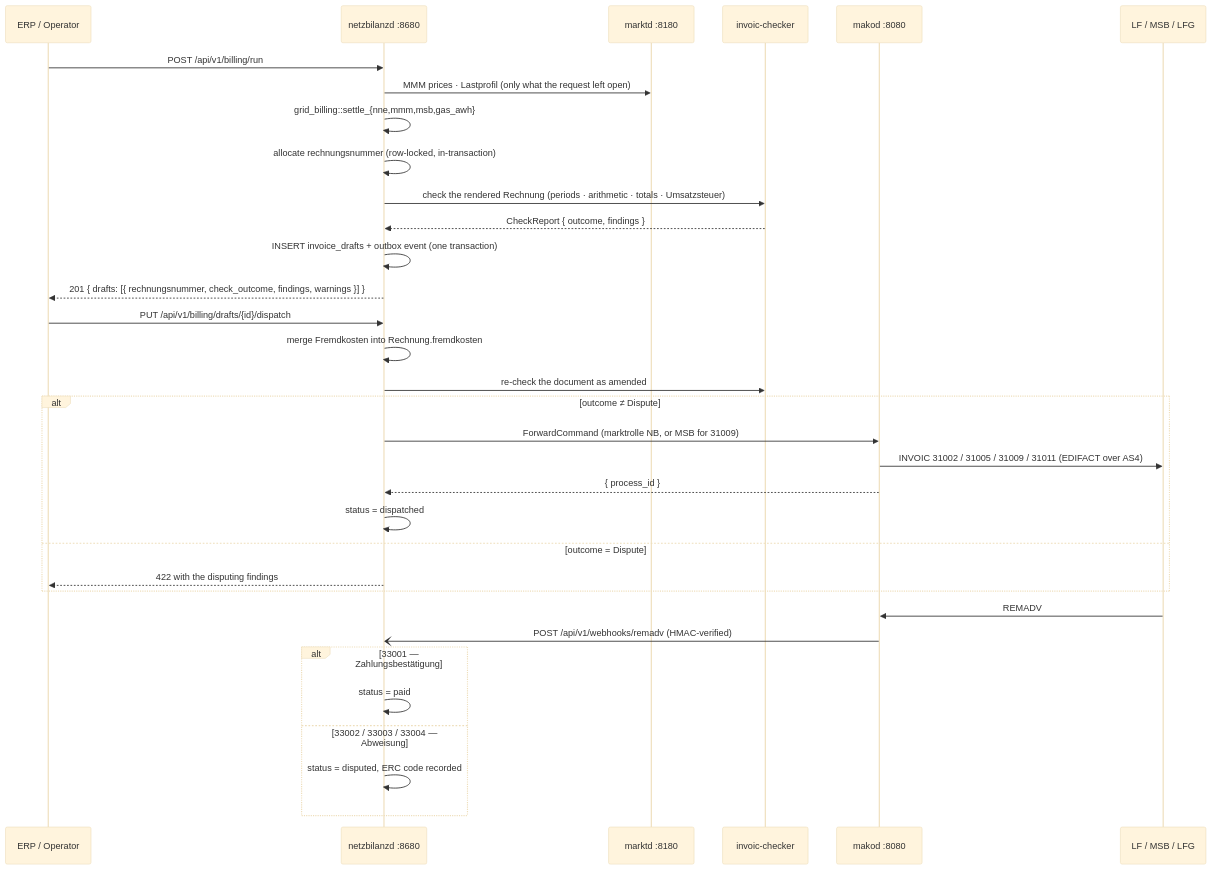
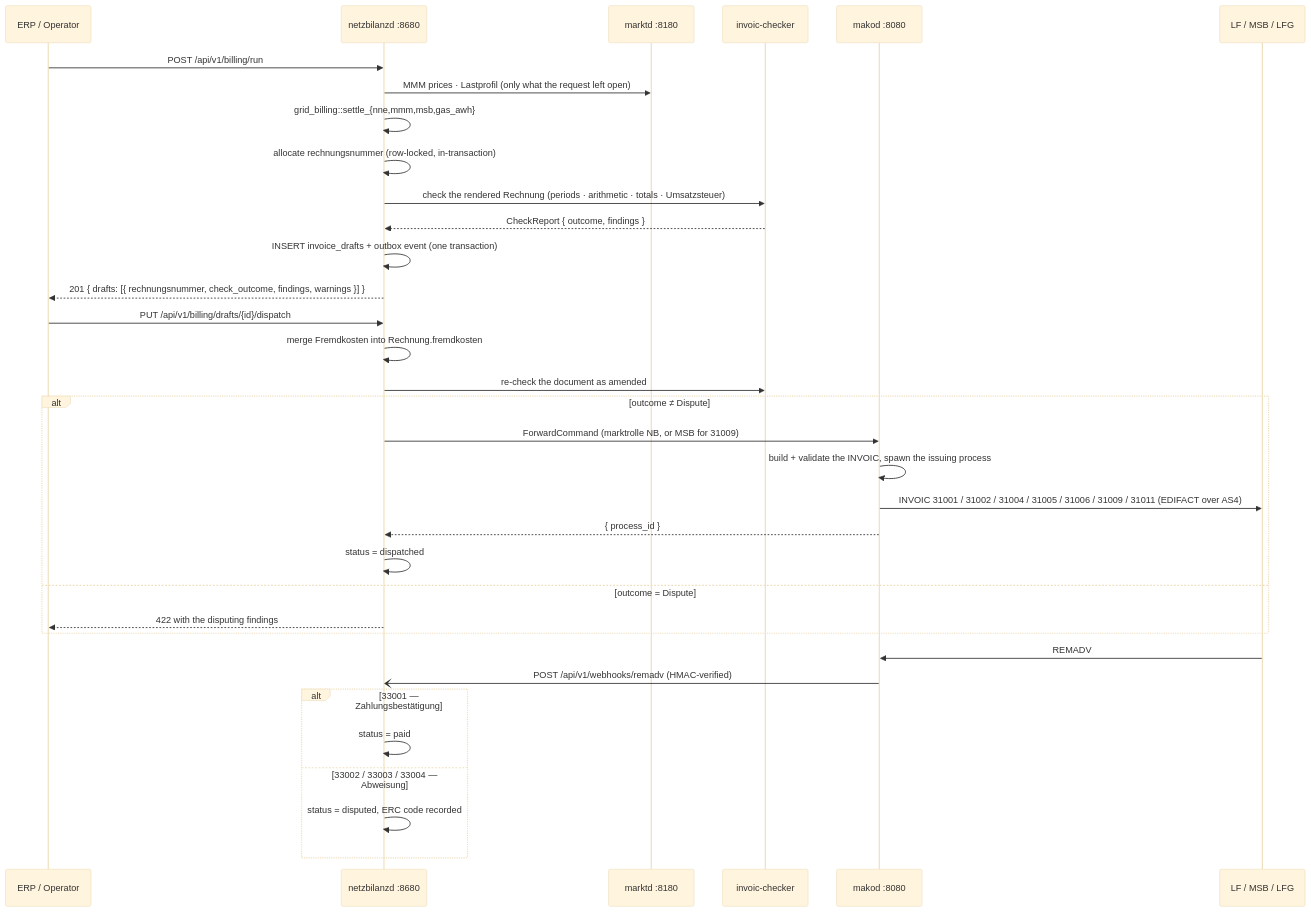
Before and after one commit to hupe1980/mako: the first of 5 diagrams in site/content/docs/services/netzbilanzd.md, drawn with Mermaid (base theme). The commit also changed other lines of this file and 313 other files, not shown here.

````diff
--- a/site/content/docs/services/netzbilanzd.md
+++ b/site/content/docs/services/netzbilanzd.md
@@ -24,38 +24,39 @@
 ```mermaid
 sequenceDiagram
     participant ERP as ERP / Operator
     participant nd as netzbilanzd :8680
     participant marktd as marktd :8180
     participant chk as invoic-checker
     participant makod as makod :8080
     participant LF as LF / MSB / LFG
 
     ERP->>nd: POST /api/v1/billing/run
     nd->>marktd: MMM prices · Lastprofil (only what the request left open)
     nd->>nd: grid_billing::settle_{nne,mmm,msb,gas_awh}
     nd->>nd: allocate rechnungsnummer (row-locked, in-transaction)
     nd->>chk: check the rendered Rechnung (periods · arithmetic · totals · Umsatzsteuer)
     chk-->>nd: CheckReport { outcome, findings }
     nd->>nd: INSERT invoice_drafts + outbox event (one transaction)
     nd-->>ERP: 201 { drafts: [{ rechnungsnummer, check_outcome, findings, warnings }] }
 
     ERP->>nd: PUT /api/v1/billing/drafts/{id}/dispatch
     nd->>nd: merge Fremdkosten into Rechnung.fremdkosten
     nd->>chk: re-check the document as amended
     alt outcome ≠ Dispute
         nd->>makod: ForwardCommand (marktrolle NB, or MSB for 31009)
-        makod->>LF: INVOIC 31002 / 31005 / 31009 / 31011 (EDIFACT over AS4)
+        makod->>makod: build + validate the INVOIC, spawn the issuing process
+        makod->>LF: INVOIC 31001 / 31002 / 31004 / 31005 / 31006 / 31009 / 31011 (EDIFACT over AS4)
         makod-->>nd: { process_id }
         nd->>nd: status = dispatched
     else outcome = Dispute
         nd-->>ERP: 422 with the disputing findings
     end
 
     LF->>makod: REMADV
     makod-)nd: POST /api/v1/webhooks/remadv (HMAC-verified)
     alt 33001 — Zahlungsbestätigung
         nd->>nd: status = paid
     else 33002 / 33003 / 33004 — Abweisung
         nd->>nd: status = disputed, ERC code recorded
     end
 ```
````
